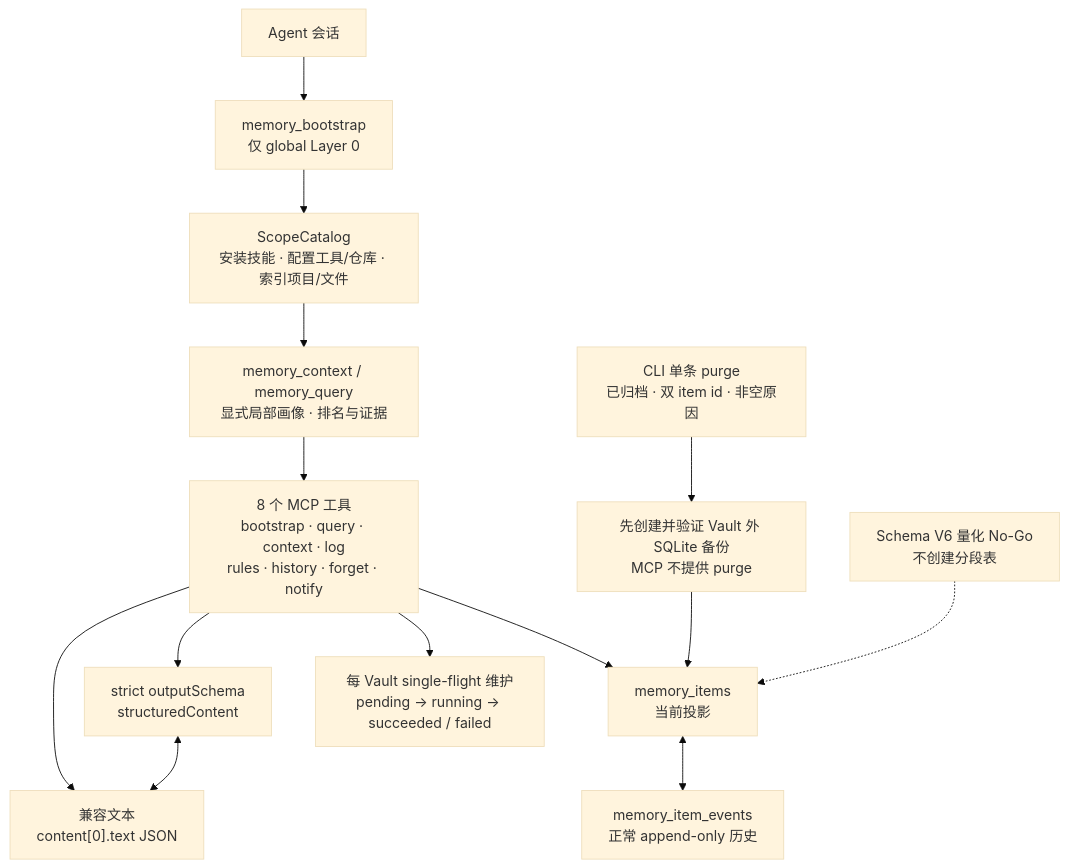
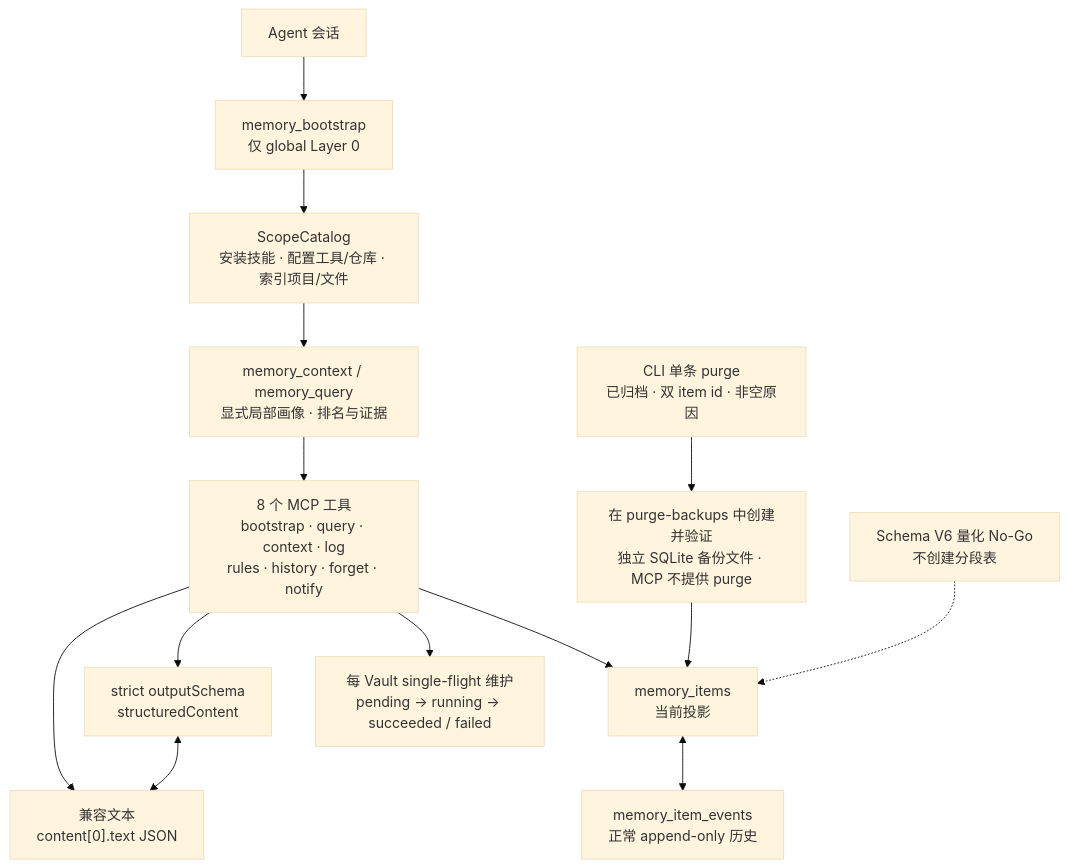
One commit to luneth90/lifeos changed the diagram in assets/lifeos-memory.mmd. Above: the diagram before and after it, drawn with Mermaid (base theme). The commit also changed 5 other files, not shown here.

```diff
--- a/assets/lifeos-memory.mmd
+++ b/assets/lifeos-memory.mmd
@@ -1,27 +1,27 @@
 flowchart TB
     Agent["Agent 会话"]
     Bootstrap["memory_bootstrap<br/>仅 global Layer 0"]
     ScopeCatalog["ScopeCatalog<br/>安装技能 · 配置工具/仓库 · 索引项目/文件"]
     ContextQuery["memory_context / memory_query<br/>显式局部画像 · 排名与证据"]
     EightTools["8 个 MCP 工具<br/>bootstrap · query · context · log<br/>rules · history · forget · notify"]
     StructuredOutput["strict outputSchema<br/>structuredContent"]
     TextOutput["兼容文本<br/>content[0].text JSON"]
     MemoryItems["memory_items<br/>当前投影"]
     MemoryEvents["memory_item_events<br/>正常 append-only 历史"]
     MaintenanceState["每 Vault single-flight 维护<br/>pending → running → succeeded / failed"]
     CliPurge["CLI 单条 purge<br/>已归档 · 双 item id · 非空原因"]
-    BackupBoundary["先创建并验证 Vault 外 SQLite 备份<br/>MCP 不提供 purge"]
+    BackupBoundary["在 purge-backups 中创建并验证<br/>独立 SQLite 备份文件 · MCP 不提供 purge"]
     NoSchemaV6["Schema V6 量化 No-Go<br/>不创建分段表"]
     Agent --> Bootstrap
     Bootstrap --> ScopeCatalog
     ScopeCatalog --> ContextQuery
     ContextQuery --> EightTools
     EightTools --> StructuredOutput
     EightTools --> TextOutput
     StructuredOutput <--> TextOutput
     EightTools --> MemoryItems
     MemoryItems <--> MemoryEvents
     EightTools --> MaintenanceState
     CliPurge --> BackupBoundary
     BackupBoundary --> MemoryItems
     NoSchemaV6 -.-> MemoryItems
```
